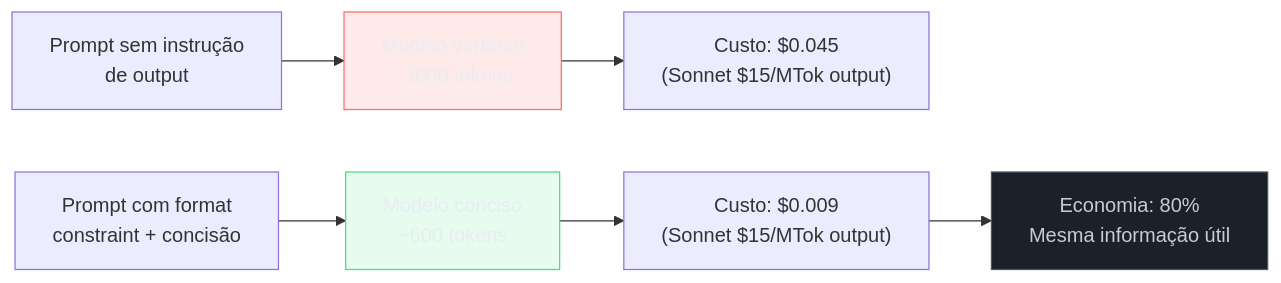
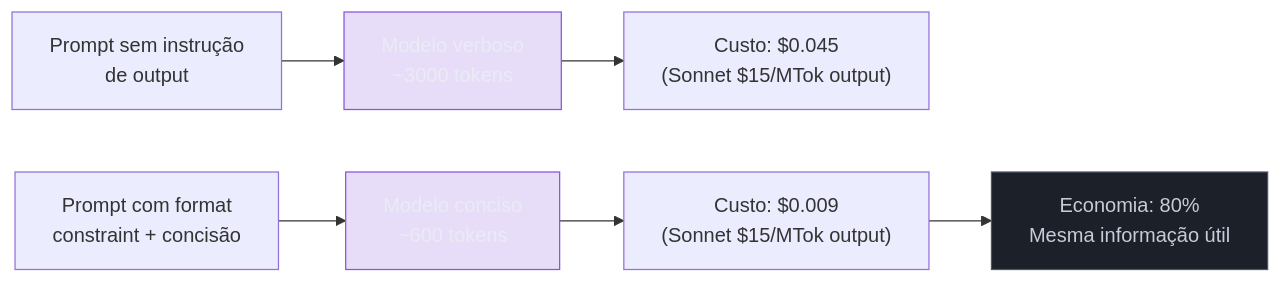
The diagram in 03-Dominios/Tecnologia/IA/Economia de Tokens/13 - Respostas concisas — controlar output tokens.md (josenaldo/codex-technomanticus), drawn with Mermaid before and after one commit. The commit also changed 601 other files, not shown here.

````diff
--- a/03-Dominios/Tecnologia/IA/Economia de Tokens/13 - Respostas concisas — controlar output tokens.md
+++ b/03-Dominios/Tecnologia/IA/Economia de Tokens/13 - Respostas concisas — controlar output tokens.md
@@ -54,17 +54,16 @@
 ```mermaid
 flowchart LR
-    classDef falha fill:#FF6B6B24,stroke:#FF6B6B,color:#E9ECF2
-    classDef ok fill:#4ADE8021,stroke:#4ADE80,color:#E9ECF2
+    classDef marca fill:#8855DF33,stroke:#8855DF,color:#E9ECF2
     classDef neutro fill:#1B2029,stroke:#4E5666,color:#C6CCD8
     A["Prompt sem instrução\nde output"] --> B["Modelo verboso\n~3000 tokens"]
     C["Prompt com format\nconstraint + concisão"] --> D["Modelo conciso\n~600 tokens"]
     
     B --> E["Custo: $0.045\n(Sonnet $15/MTok output)"]
     D --> F["Custo: $0.009\n(Sonnet $15/MTok output)"]
     
     F --> G["Economia: 80%\nMesma informação útil"]
 
-    class B falha
-    class D ok
+    class B marca
+    class D marca
     class G neutro
 ```
````
